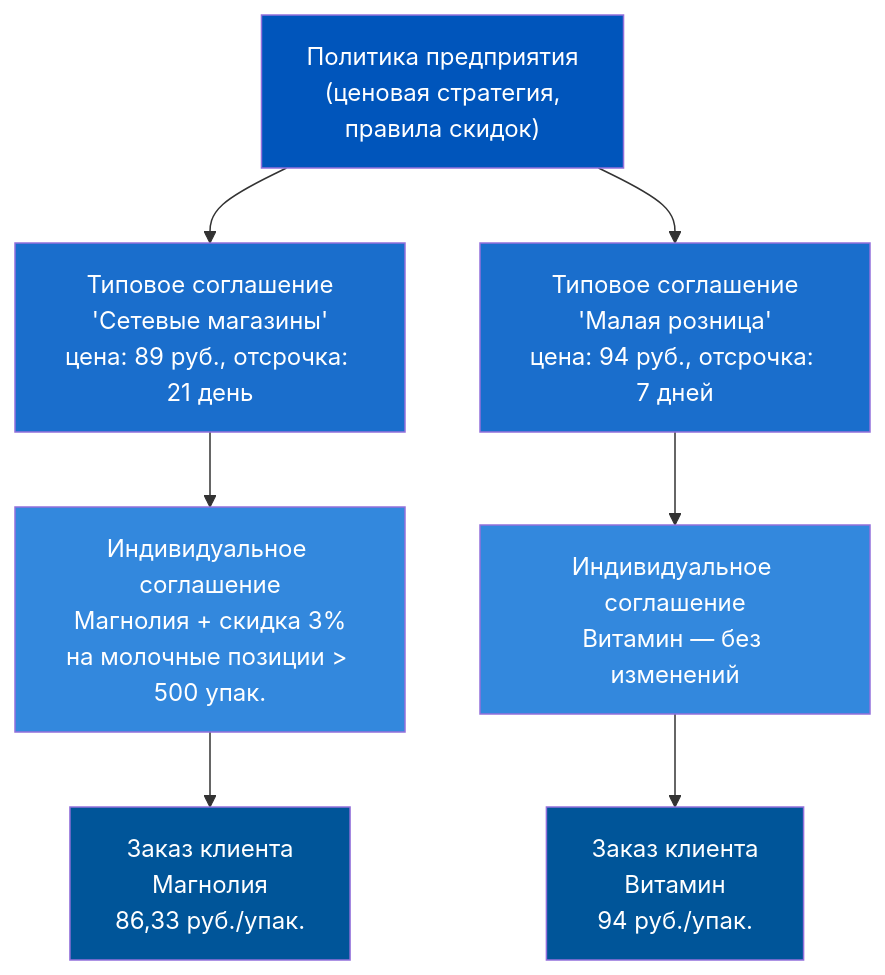
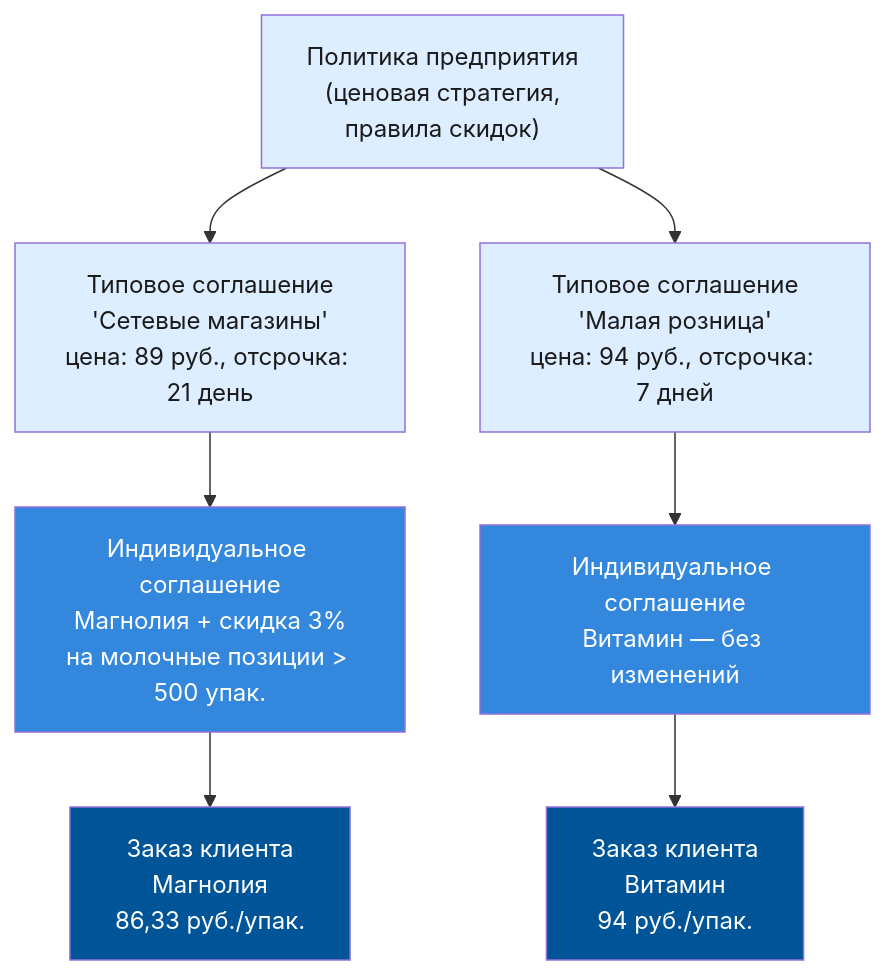
Before and after one commit to murad1986/1c-erp-quartz: the first of 8 diagrams in content/1c-erp/week_2/Неделя 2 - День 5 - Соглашения.md, drawn with Mermaid. The commit also changed other lines of this file and 57 other files, not shown here.

First line of the commit message:
fix: Mermaid — пастельные цвета в источниках диаграмм (56 файлов)

````diff
--- a/content/1c-erp/week_2/Неделя 2 - День 5 - Соглашения.md
+++ b/content/1c-erp/week_2/Неделя 2 - День 5 - Соглашения.md
@@ -51,17 +51,17 @@
 ```mermaid
 flowchart TD
     P["Политика предприятия<br/>(ценовая стратегия,<br/>правила скидок)"] --> TA["Типовое соглашение<br/>'Сетевые магазины'<br/>цена: 89 руб., отсрочка: 21 день"]
     P --> TB["Типовое соглашение<br/>'Малая розница'<br/>цена: 94 руб., отсрочка: 7 дней"]
     TA --> IA["Индивидуальное соглашение<br/>Магнолия + скидка 3%<br/>на молочные позиции > 500 упак."]
     TB --> IB["Индивидуальное соглашение<br/>Витамин — без изменений"]
     IA --> OA["Заказ клиента<br/>Магнолия<br/>86,33 руб./упак."]
     IB --> OB["Заказ клиента<br/>Витамин<br/>94 руб./упак."]
 
-    style P fill:#0055BB,color:#fff
-    style TA fill:#1a6ecc,color:#fff
-    style TB fill:#1a6ecc,color:#fff
+    style P fill:#dceeff,color:#1a1a1a
+    style TA fill:#dceeff,color:#1a1a1a
+    style TB fill:#dceeff,color:#1a1a1a
     style IA fill:#3388dd,color:#fff
     style IB fill:#3388dd,color:#fff
     style OA fill:#005599,color:#fff
     style OB fill:#005599,color:#fff
 ```
````
